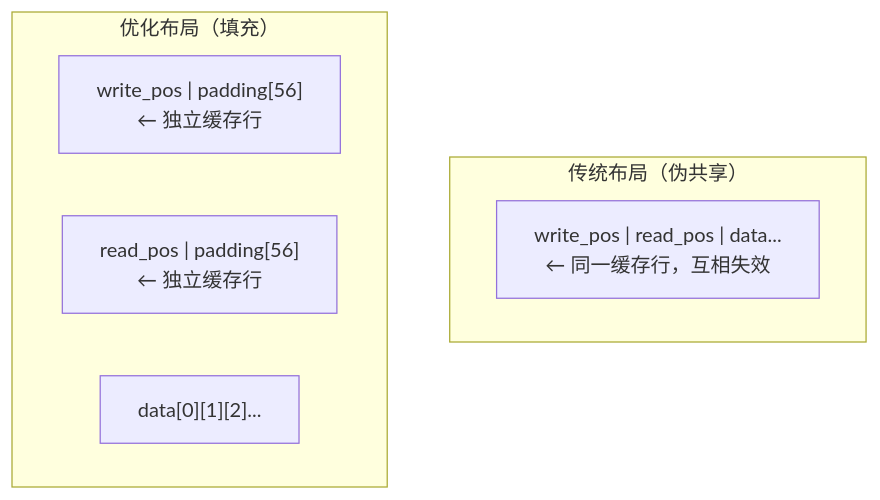
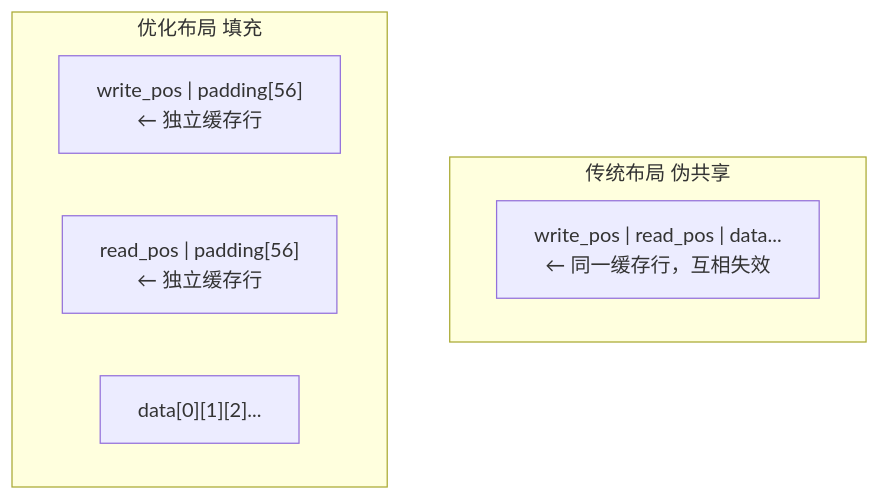
Before and after one commit to jpixy/jpixy.github.io: the fifth of 8 diagrams in content/articles/hft/hft-08-流水线技术详解.md, drawn with Mermaid. The commit also changed 66 other files, not shown here.

Commit message:
fix: resolve Mermaid syntax errors by removing parentheses in node labels

````diff
--- a/content/articles/hft/hft-08-流水线技术详解.md
+++ b/content/articles/hft/hft-08-流水线技术详解.md
@@ -226,11 +226,11 @@
 ```mermaid
 graph TB
-    subgraph BAD["传统布局（伪共享）"]
+    subgraph BAD["传统布局 伪共享"]
         B1["write_pos | read_pos | data...<br/>← 同一缓存行，互相失效"]
     end
-    subgraph GOOD["优化布局（填充）"]
+    subgraph GOOD["优化布局 填充"]
         G1["write_pos | padding[56]<br/>← 独立缓存行"]
         G2["read_pos | padding[56]<br/>← 独立缓存行"]
         G3["data[0][1][2]..."]
     end
 ```
````
